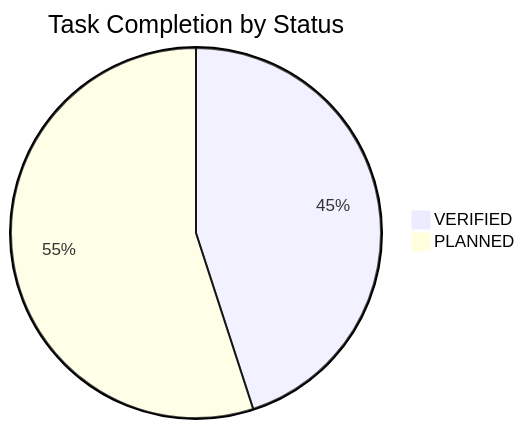
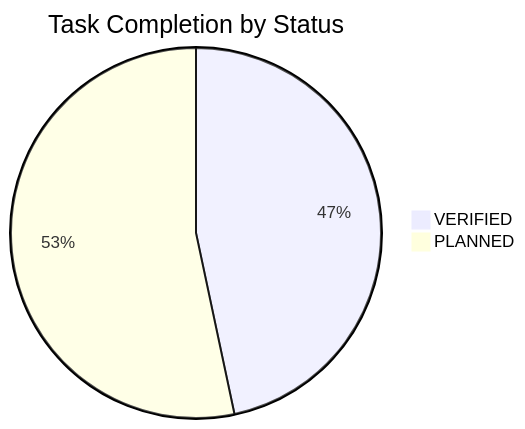
One commit to NguyenTriBaoThang/ClearWayAI changed the diagram in docs/TASK_BOARD.md. Above: the diagram before and after it, drawn with Mermaid. The commit also changed other lines of this file and 12 other files, not shown here.

````diff
--- a/docs/TASK_BOARD.md
+++ b/docs/TASK_BOARD.md
@@ -16,5 +16,5 @@
 ```mermaid
 pie title Task Completion by Status
-    "VERIFIED" : 27
-    "PLANNED" : 33
+    "VERIFIED" : 28
+    "PLANNED" : 32
 ```
````
